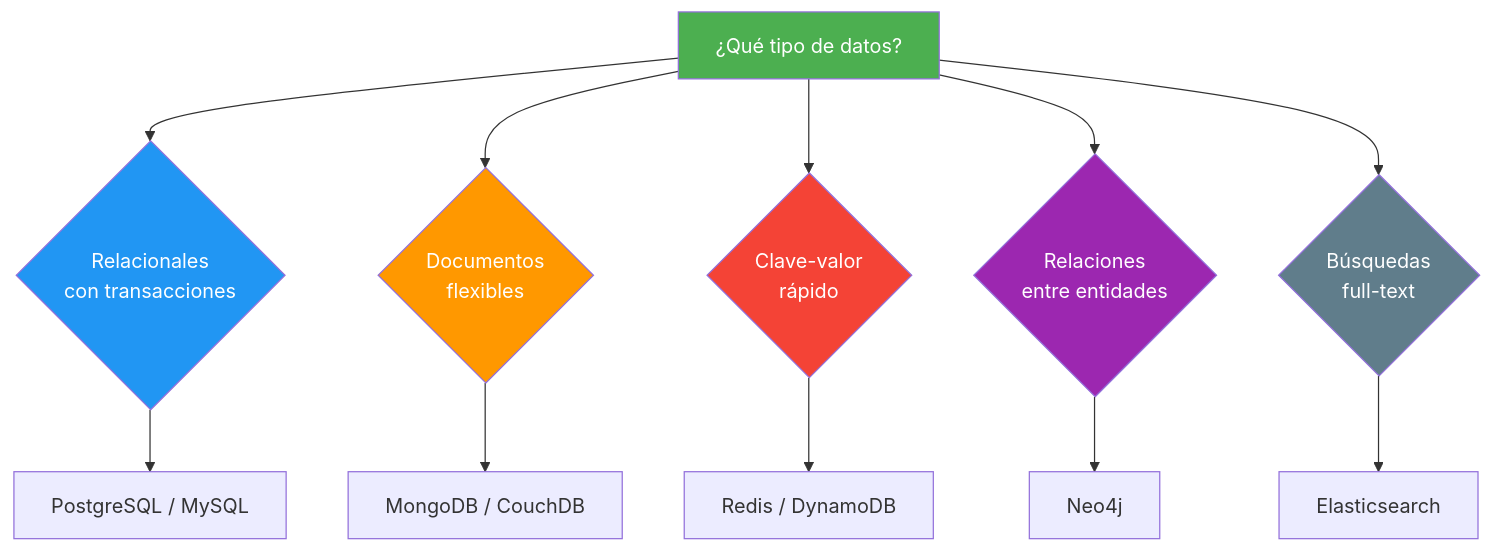
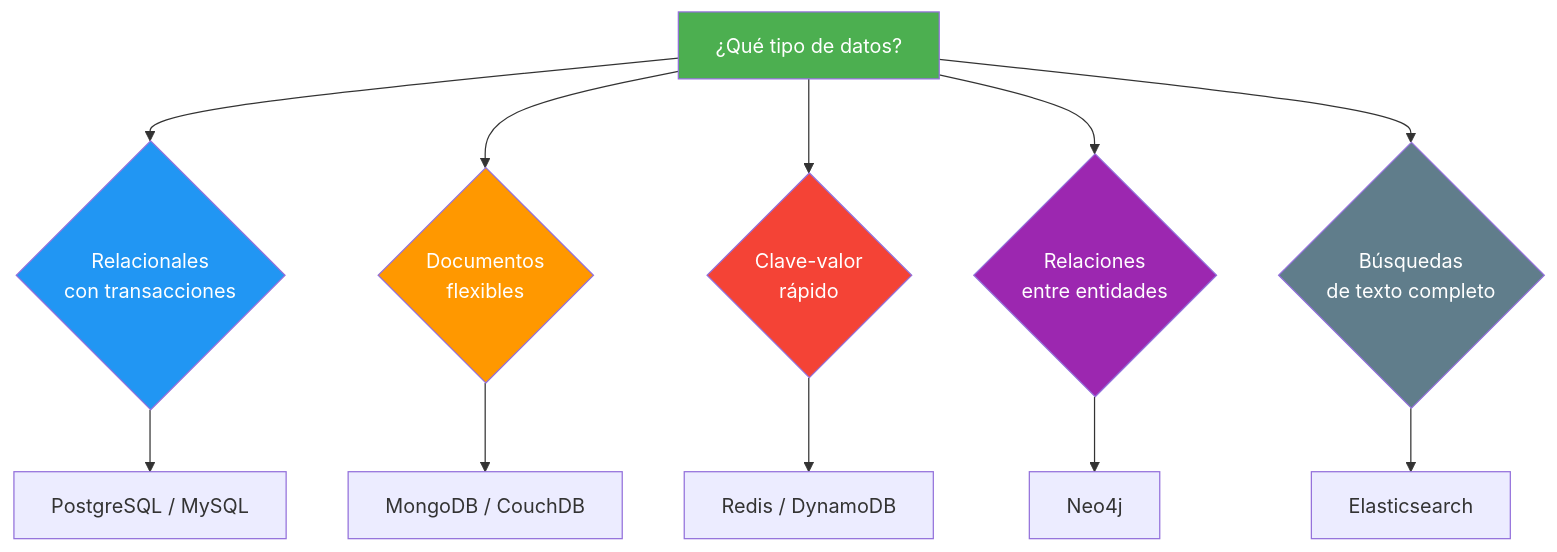
Diagram 13 of 14 in 21-sql-nosql.md (joseluisgs/DesarrolloWebEntornosServidor-01-2026-2027), drawn with Mermaid before and after one commit. The commit also changed other lines of this file and 77 other files, not shown here.

````diff
--- a/21-sql-nosql.md
+++ b/21-sql-nosql.md
@@ -1450,21 +1462,21 @@
 ```mermaid
 graph TD
     A["¿Qué tipo de datos?"] --> B{"Relacionales<br/>con transacciones"}
     A --> C{"Documentos<br/>flexibles"}
     A --> D{"Clave-valor<br/>rápido"}
     A --> E{"Relaciones<br/>entre entidades"}
-    A --> F{"Búsquedas<br/>full-text"}
+    A --> F{"Búsquedas<br/>de texto completo"}
 
     B --> B1["PostgreSQL / MySQL"]
     C --> C1["MongoDB / CouchDB"]
     D --> D1["Redis / DynamoDB"]
     E --> E1["Neo4j"]
     F --> F1["Elasticsearch"]
 
     style A fill:#4CAF50,color:#fff
     style B fill:#2196F3,color:#fff
     style C fill:#FF9800,color:#fff
     style D fill:#f44336,color:#fff
     style E fill:#9C27B0,color:#fff
     style F fill:#607D8B,color:#fff
 ```
````
